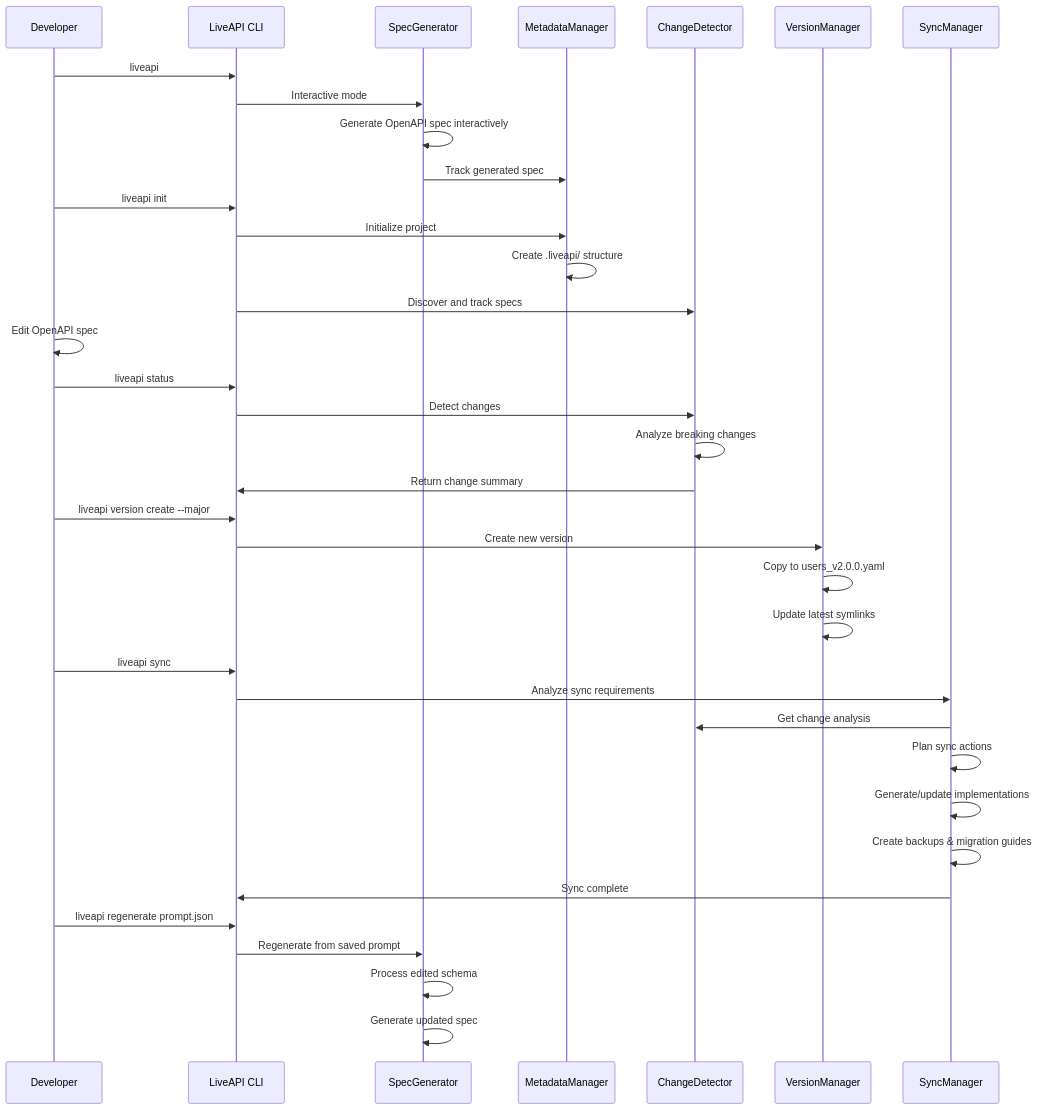
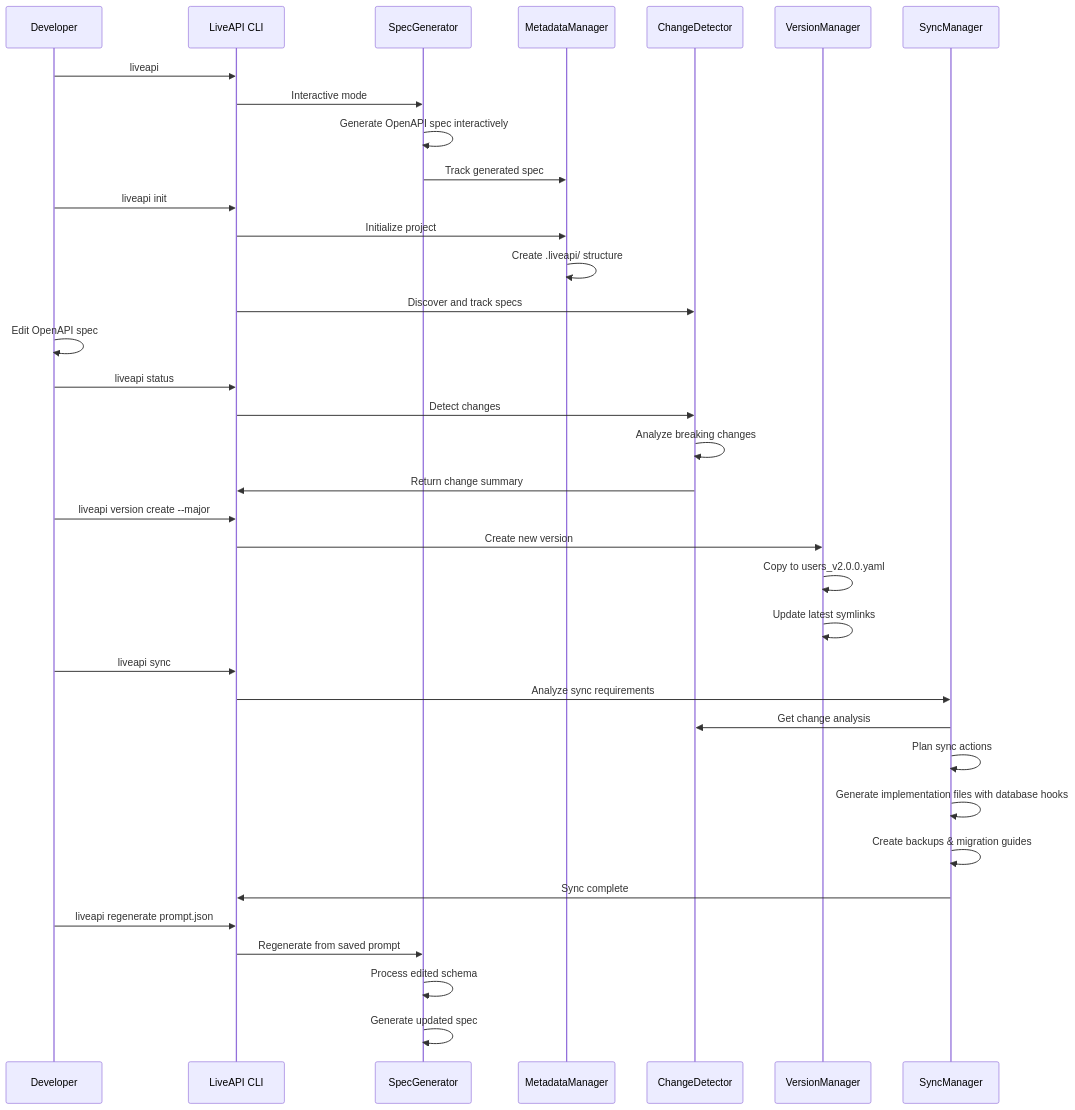
Before and after one commit to NationalGalleryOfArt/liveapi: the third of 3 diagrams in ARCHITECTURE.md, drawn with Mermaid. The commit also changed other lines of this file and 33 other files, not shown here.

````diff
--- a/ARCHITECTURE.md
+++ b/ARCHITECTURE.md
@@ -188,44 +191,44 @@
 ```mermaid
 sequenceDiagram
     participant Dev as Developer
     participant CLI as LiveAPI CLI
     participant Gen as SpecGenerator
     participant Meta as MetadataManager
     participant Change as ChangeDetector
     participant Version as VersionManager
     participant Sync as SyncManager
     
     Dev->>CLI: liveapi
     CLI->>Gen: Interactive mode
     Gen->>Gen: Generate OpenAPI spec interactively
     Gen->>Meta: Track generated spec
     
     Dev->>CLI: liveapi init
     CLI->>Meta: Initialize project
     Meta->>Meta: Create .liveapi/ structure
     CLI->>Change: Discover and track specs
     
     Dev->>Dev: Edit OpenAPI spec
     Dev->>CLI: liveapi status
     CLI->>Change: Detect changes
     Change->>Change: Analyze breaking changes
     Change->>CLI: Return change summary
     
     Dev->>CLI: liveapi version create --major
     CLI->>Version: Create new version
     Version->>Version: Copy to users_v2.0.0.yaml
     Version->>Version: Update latest symlinks
     
     Dev->>CLI: liveapi sync
     CLI->>Sync: Analyze sync requirements
     Sync->>Change: Get change analysis
     Sync->>Sync: Plan sync actions
-    Sync->>Sync: Generate/update implementations
+    Sync->>Sync: Generate implementation files with database hooks
     Sync->>Sync: Create backups & migration guides
     Sync->>CLI: Sync complete
     
     Dev->>CLI: liveapi regenerate prompt.json
     CLI->>Gen: Regenerate from saved prompt
     Gen->>Gen: Process edited schema
     Gen->>Gen: Generate updated spec
 ```
````
